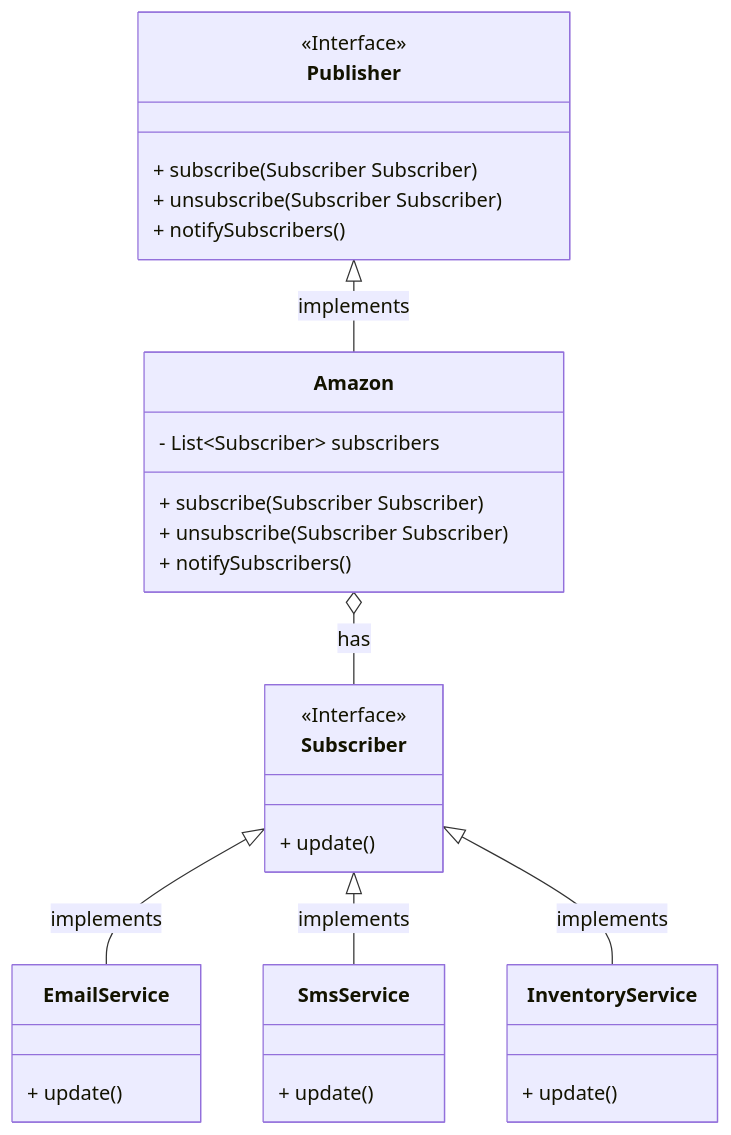
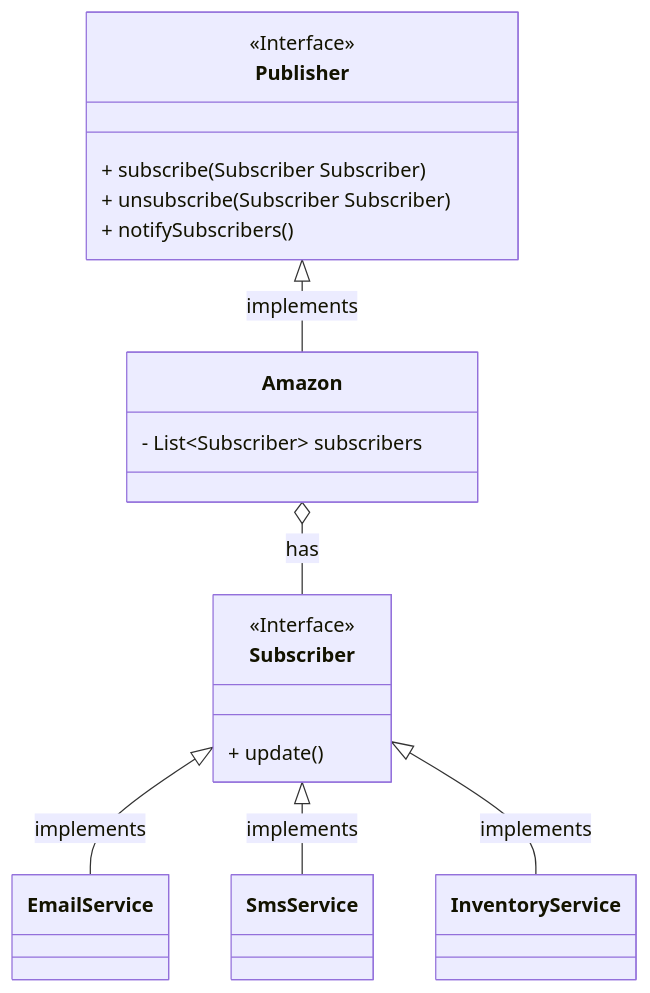
Before and after one commit to kk-engineer/lld1-130624: the diagram in src/main/java/in/itkaran/lld1130624/lld2/uml/Observer.mmd, drawn with Mermaid. The commit also changed 2 other files, not shown here.

```diff
--- a/src/main/java/in/itkaran/lld1130624/lld2/uml/Observer.mmd
+++ b/src/main/java/in/itkaran/lld1130624/lld2/uml/Observer.mmd
@@ -1,39 +1,24 @@
 classDiagram
     class Publisher {
         <<Interface>>
         + subscribe(Subscriber Subscriber)
         + unsubscribe(Subscriber Subscriber)
         + notifySubscribers()
     }
 
     class Subscriber {
         <<Interface>>
         + update()
     }
 
     class Amazon {
         - List~Subscriber~ subscribers
-        + subscribe(Subscriber Subscriber)
-        + unsubscribe(Subscriber Subscriber)
-        + notifySubscribers()
     }
 
     Publisher <|-- Amazon : implements
     Amazon o-- Subscriber : has
 
 
-    class EmailService {
-        + update()
-    }
-
-    class SmsService {
-        + update()
-    }
-
-    class InventoryService {
-        + update()
-    }
-
     Subscriber <|-- EmailService : implements
     Subscriber <|-- SmsService : implements
     Subscriber <|-- InventoryService : implements
```
